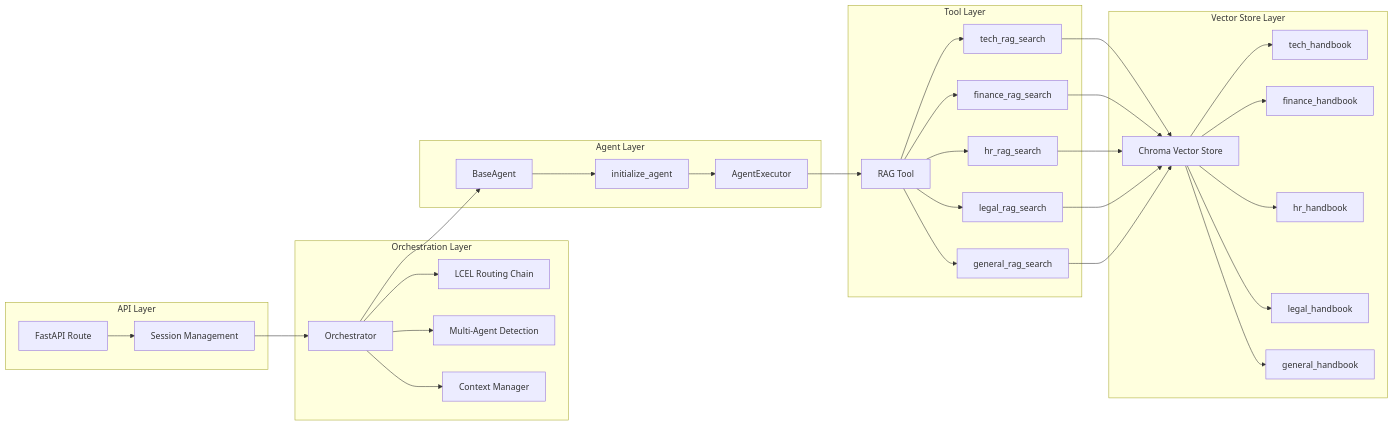
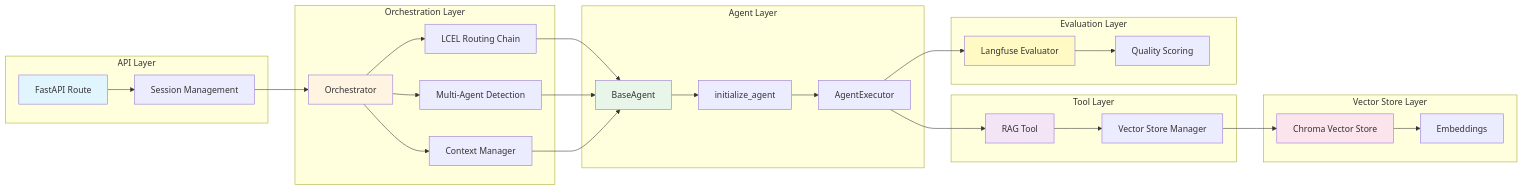
The diagram in FLOW_DIAGRAM.md (jerrybuks/multi-agent-rag-chatbot), drawn with Mermaid before and after one commit. The commit also changed other lines of this file and 26 other files, not shown here.

````diff
--- a/FLOW_DIAGRAM.md
+++ b/FLOW_DIAGRAM.md
@@ -61,63 +5,59 @@
 ```mermaid
 graph LR
     subgraph "API Layer"
         A[FastAPI Route]
         B[Session Management]
     end
     
     subgraph "Orchestration Layer"
         C[Orchestrator]
         D[LCEL Routing Chain]
         E[Multi-Agent Detection]
         F[Context Manager]
     end
     
     subgraph "Agent Layer"
         G[BaseAgent]
         H[initialize_agent]
         I[AgentExecutor]
     end
     
     subgraph "Tool Layer"
         J[RAG Tool]
-        K[tech_rag_search]
-        L[finance_rag_search]
-        M[hr_rag_search]
-        N[legal_rag_search]
-        O[general_rag_search]
+        K[Vector Store Manager]
     end
     
     subgraph "Vector Store Layer"
-        P[Chroma Vector Store]
-        Q[tech_handbook]
-        R[finance_handbook]
-        S[hr_handbook]
-        T[legal_handbook]
-        U[general_handbook]
+        L[Chroma Vector Store]
+        M[Embeddings]
+    end
+    
+    subgraph "Evaluation Layer"
+        N[Langfuse Evaluator]
+        O[Quality Scoring]
     end
     
     A --> B
     B --> C
     C --> D
     C --> E
     C --> F
-    C --> G
+    D --> G
+    E --> G
+    F --> G
     G --> H
     H --> I
     I --> J
     J --> K
-    J --> L
-    J --> M
-    J --> N
-    J --> O
-    K --> P
-    L --> P
-    M --> P
-    N --> P
-    O --> P
-    P --> Q
-    P --> R
-    P --> S
-    P --> T
-    P --> U
+    K --> L
+    L --> M
+    I --> N
+    N --> O
+    
+    style A fill:#e1f5ff
+    style C fill:#fff4e1
+    style G fill:#e8f5e9
+    style J fill:#f3e5f5
+    style L fill:#fce4ec
+    style N fill:#fff9c4
 ```
````
